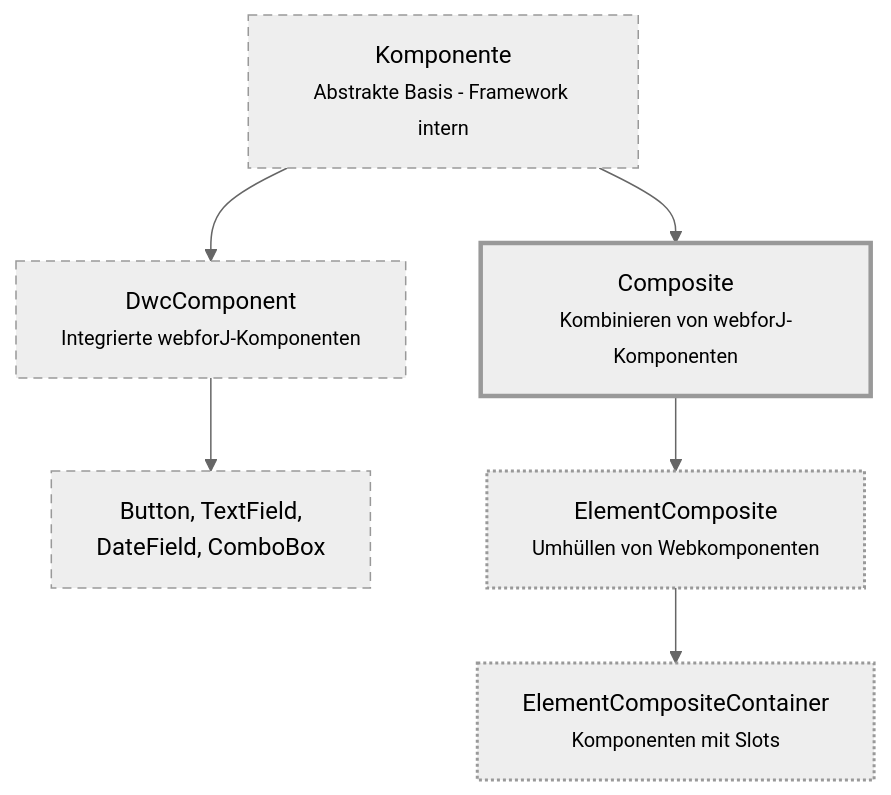
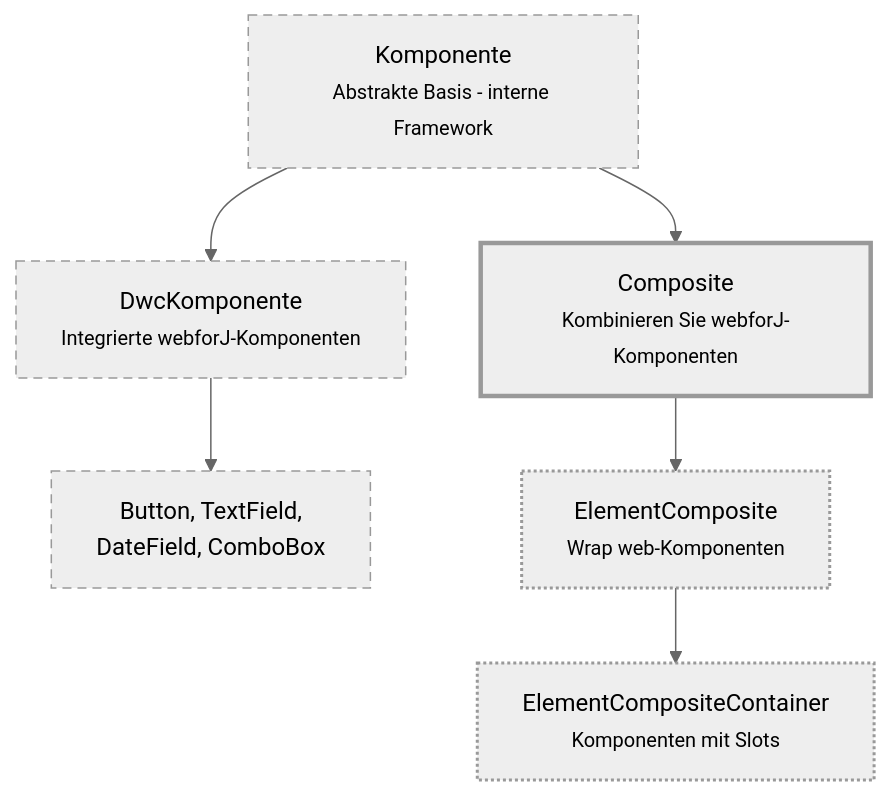
The diagram in docs/i18n/de/docusaurus-plugin-content-docs/current/building-ui/component-fundamentals.md (webforj/webforj-documentation), drawn with Mermaid (neutral theme) before and after one commit. The commit also changed other lines of this file and 1016 other files, not shown here.

````diff
--- a/docs/i18n/de/docusaurus-plugin-content-docs/current/building-ui/component-fundamentals.md
+++ b/docs/i18n/de/docusaurus-plugin-content-docs/current/building-ui/component-fundamentals.md
@@ -52,19 +55,19 @@
 ```mermaid
 graph TD
-  A[Komponente<br/><small>Abstrakte Basis - Framework intern</small>]
-  
-  A --> B[DwcComponent<br/><small>Integrierte webforJ-Komponenten</small>]
-  A --> C[Composite<br/><small>Kombinieren von webforJ-Komponenten</small>]
-  
+  A[Komponente<br/><small>Abstrakte Basis - interne Framework</small>]
+
+  A --> B[DwcKomponente<br/><small>Integrierte webforJ-Komponenten</small>]
+  A --> C[Composite<br/><small>Kombinieren Sie webforJ-Komponenten</small>]
+
   B --> E[Button, TextField,<br/>DateField, ComboBox]
-  
-  C --> D[ElementComposite<br/><small>Umhüllen von Webkomponenten</small>]
+
+  C --> D[ElementComposite<br/><small>Wrap web-Komponenten</small>]
   D --> F[ElementCompositeContainer<br/><small>Komponenten mit Slots</small>]
 
   classDef internal stroke-dasharray:6 4,stroke-width:1px
   classDef primary stroke-width:3px
   classDef secondary stroke-width:2px,stroke-dasharray:2 2
   class A,B,E internal
   class C primary
   class D,F secondary
 ```
````
